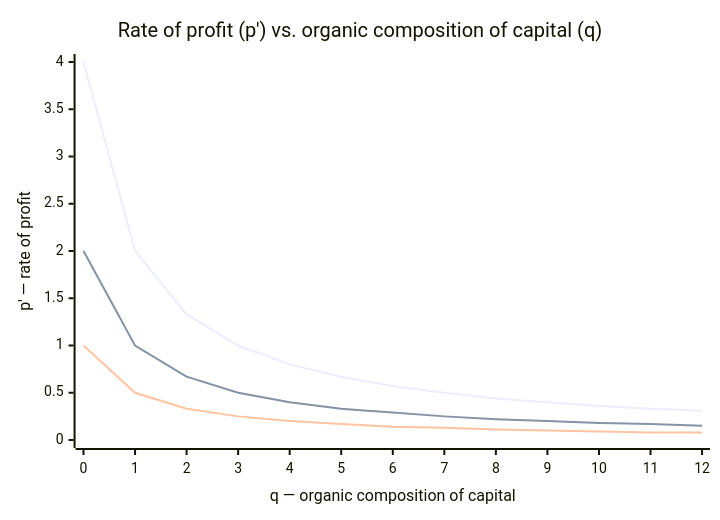
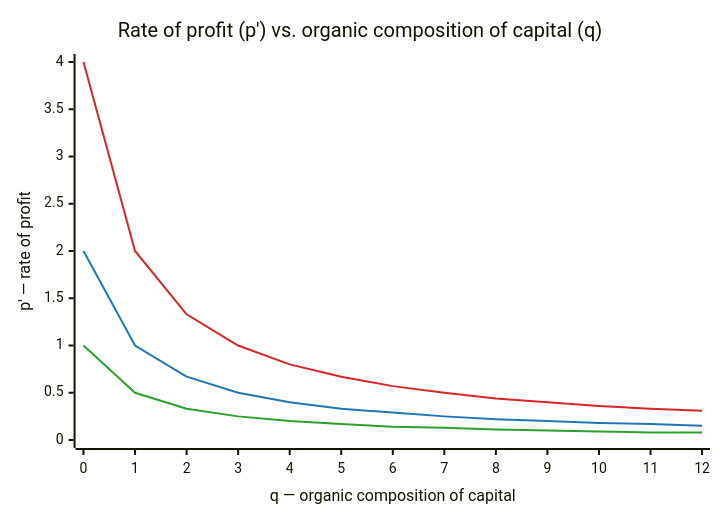
Before and after one commit to doikayt/admin: the diagram in governance/commons-hub-pattern.md, drawn with Mermaid.

Commit message:
docs: darken s'=4 line color in rate-of-profit chart
Add a Mermaid theme init directive setting an explicit color palette
(strong red/blue/green) since the default palette rendered the s'=4
line too weakly to read clearly.

Claude-Session: https://claude.ai/code/session_01G2V6W3jmsq9yCA1q9B6PUS

````diff
--- a/governance/commons-hub-pattern.md
+++ b/governance/commons-hub-pattern.md
@@ -790,9 +790,10 @@
 ```mermaid
+%%{init: {"themeVariables": {"xyChart": {"plotColorPalette": "#d62728, #1f77b4, #2ca02c"}}}}%%
 xychart-beta
     title "Rate of profit (p') vs. organic composition of capital (q)"
     x-axis "q — organic composition of capital" [0, 1, 2, 3, 4, 5, 6, 7, 8, 9, 10, 11, 12]
     y-axis "p' — rate of profit" 0 --> 4
     line "s' = 4" [4, 2, 1.33, 1, 0.8, 0.67, 0.57, 0.5, 0.44, 0.4, 0.36, 0.33, 0.31]
     line "s' = 2" [2, 1, 0.67, 0.5, 0.4, 0.33, 0.29, 0.25, 0.22, 0.2, 0.18, 0.17, 0.15]
     line "s' = 1" [1, 0.5, 0.33, 0.25, 0.2, 0.17, 0.14, 0.13, 0.11, 0.1, 0.09, 0.08, 0.08]
 ```
````
